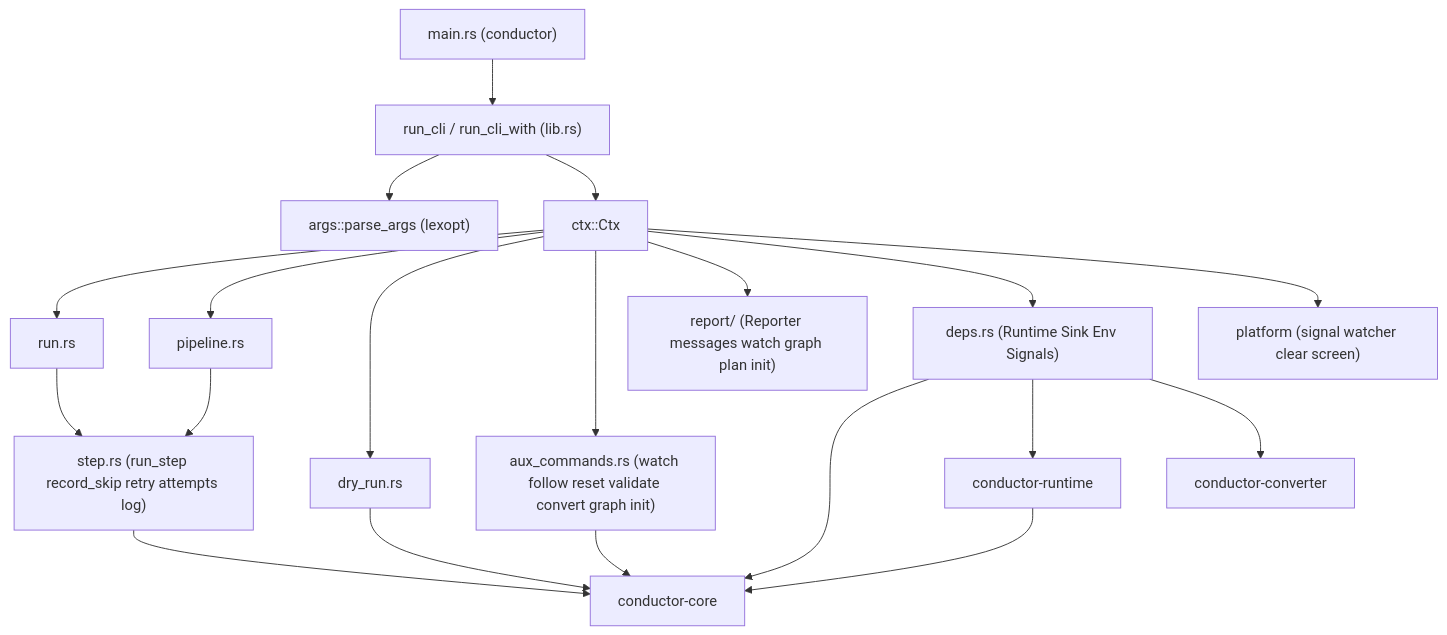
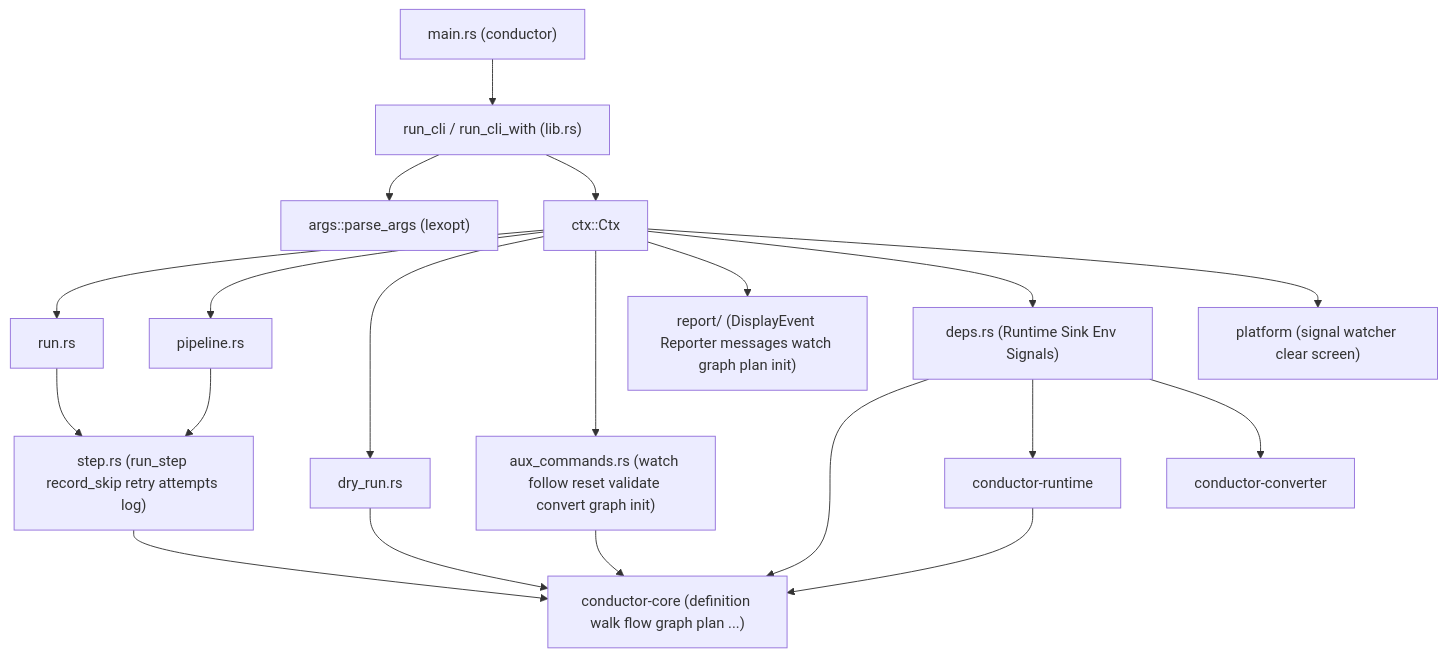
The first of 7 diagrams in aidlc/spaces/default/codekb/rust-job-conductor/architecture.md (agwlvssainokuni/rust-job-conductor), drawn with Mermaid before and after one commit. The commit also changed other lines of this file and 15 other files, not shown here.

````diff
--- a/aidlc/spaces/default/codekb/rust-job-conductor/architecture.md
+++ b/aidlc/spaces/default/codekb/rust-job-conductor/architecture.md
@@ -23,22 +25,22 @@
 ```mermaid
 flowchart TD
     main["main.rs (conductor)"] --> runcli["run_cli / run_cli_with (lib.rs)"]
     runcli --> args["args::parse_args (lexopt)"]
     runcli --> ctx["ctx::Ctx"]
     ctx --> run["run.rs"]
     ctx --> pipe["pipeline.rs"]
     ctx --> dry["dry_run.rs"]
     ctx --> aux["aux_commands.rs (watch follow reset validate convert graph init)"]
     run --> step["step.rs (run_step record_skip retry attempts log)"]
     pipe --> step
-    ctx --> report["report/ (Reporter messages watch graph plan init)"]
+    ctx --> report["report/ (DisplayEvent Reporter messages watch graph plan init)"]
     ctx --> deps["deps.rs (Runtime Sink Env Signals)"]
     ctx --> plat["platform (signal watcher clear screen)"]
-    deps --> core["conductor-core"]
+    deps --> core["conductor-core (definition walk flow graph plan ...)"]
     deps --> rt["conductor-runtime"]
     deps --> conv["conductor-converter"]
     step --> core
     dry --> core
     aux --> core
     rt --> core
 ```
````
